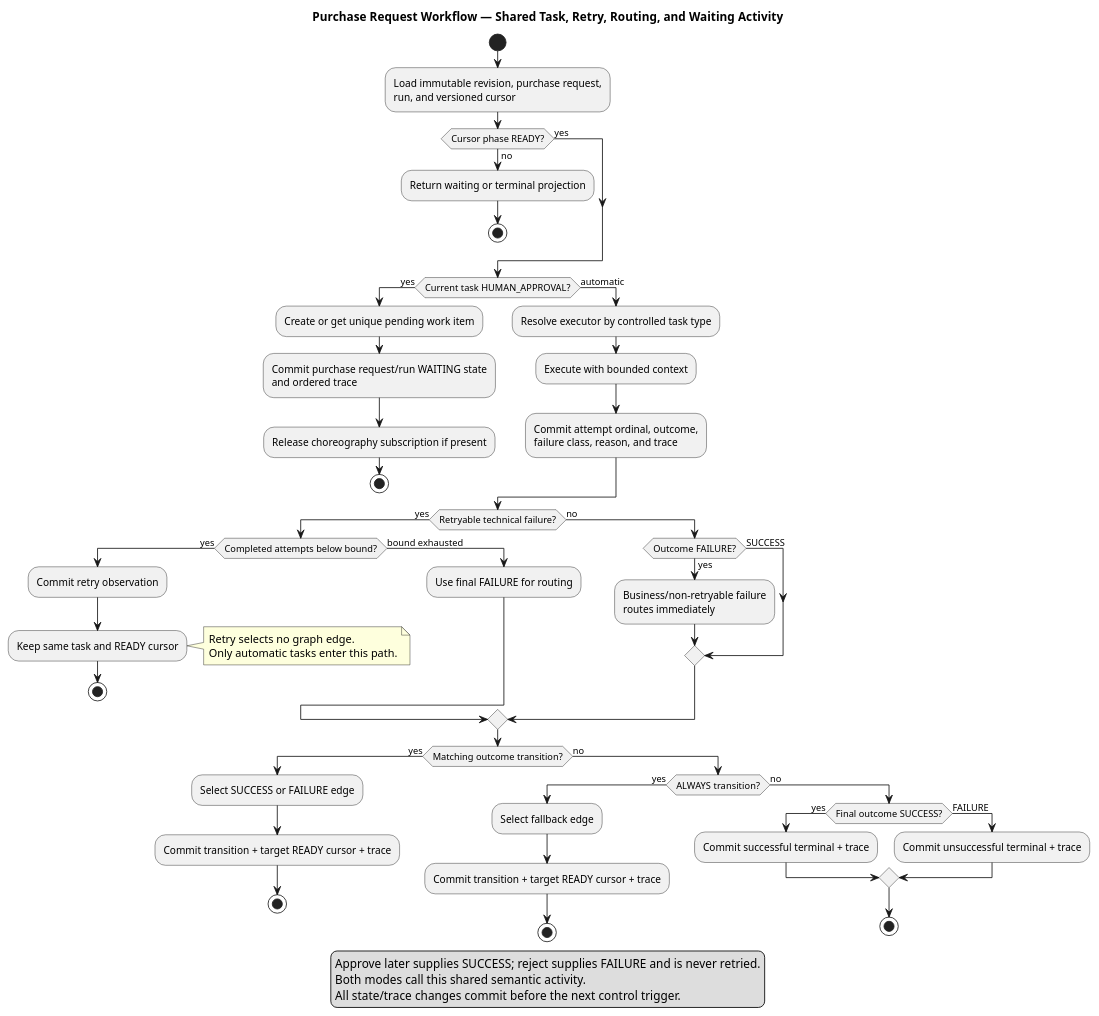
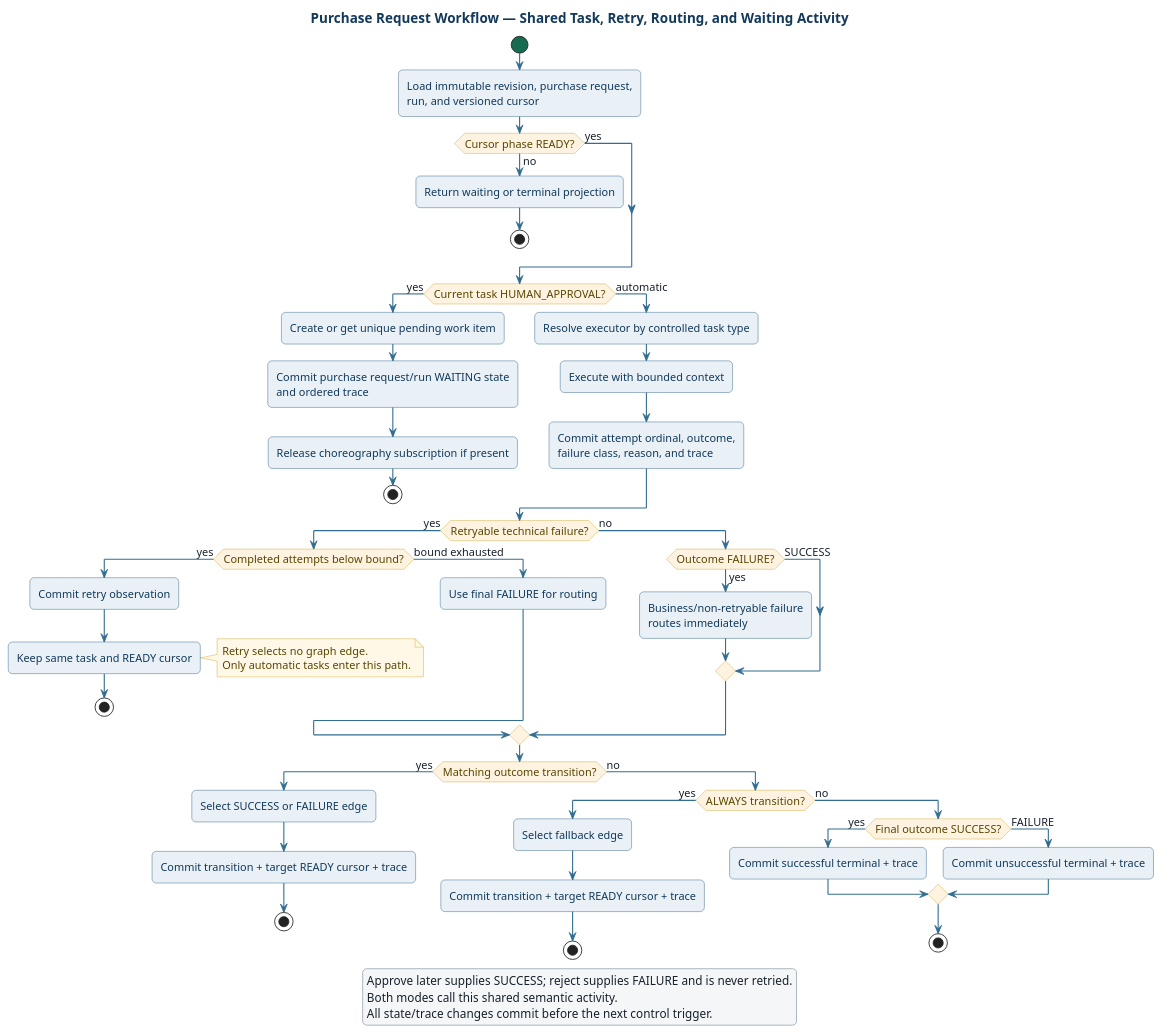
The diagram in docs/architecture/uml/routing-retry-activity.puml (MAES1102/WMS), drawn with PlantUML before and after one commit. The commit also changed 24 other files, not shown here.

First line of the commit message:
docs: polish UML styling, rewrite final report, add live UI screenshots

```diff
--- a/docs/architecture/uml/routing-retry-activity.puml
+++ b/docs/architecture/uml/routing-retry-activity.puml
@@ -1,72 +1,103 @@
 @startuml
 title Purchase Request Workflow — Shared Task, Retry, Routing, and Waiting Activity
 skinparam shadowing false
+skinparam backgroundColor white
+skinparam defaultFontName Helvetica
+skinparam defaultFontSize 13
+skinparam roundcorner 10
+skinparam ArrowColor #326d91
+skinparam ArrowThickness 1.3
+skinparam titleFontColor #12395b
+skinparam titleFontSize 16
+skinparam titleFontStyle bold
+skinparam activity {
+  BackgroundColor #e9f1f6
+  BorderColor #1d567d
+  FontColor #12395b
+  DiamondBackgroundColor #fdf3e0
+  DiamondBorderColor #c9a227
+  DiamondFontColor #5a4600
+  StartColor #176b50
+  EndColor #ad3026
+  ArrowColor #326d91
+  ArrowFontColor #17212b
+}
+skinparam note {
+  BackgroundColor #fff8e7
+  BorderColor #c9a227
+  FontColor #5a4600
+}
+skinparam legend {
+  BackgroundColor #f4f6f8
+  BorderColor #9eabb7
+  FontColor #17212b
+}
 
 start
 :Load immutable revision, purchase request,
 run, and versioned cursor;
 
 if (Cursor phase READY?) then (no)
   :Return waiting or terminal projection;
   stop
 else (yes)
 endif
 
 if (Current task HUMAN_APPROVAL?) then (yes)
   :Create or get unique pending work item;
   :Commit purchase request/run WAITING state
   and ordered trace;
   :Release choreography subscription if present;
   stop
 else (automatic)
   :Resolve executor by controlled task type;
   :Execute with bounded context;
   :Commit attempt ordinal, outcome,
   failure class, reason, and trace;
 endif
 
 if (Retryable technical failure?) then (yes)
   if (Completed attempts below bound?) then (yes)
     :Commit retry observation;
     :Keep same task and READY cursor;
     note right
     Retry selects no graph edge.
     Only automatic tasks enter this path.
     end note
     stop
   else (bound exhausted)
     :Use final FAILURE for routing;
   endif
 else (no)
   if (Outcome FAILURE?) then (yes)
     :Business/non-retryable failure
     routes immediately;
   else (SUCCESS)
   endif
 endif
 
 if (Matching outcome transition?) then (yes)
   :Select SUCCESS or FAILURE edge;
   :Commit transition + target READY cursor + trace;
   stop
 else (no)
   if (ALWAYS transition?) then (yes)
     :Select fallback edge;
     :Commit transition + target READY cursor + trace;
     stop
   else (no)
     if (Final outcome SUCCESS?) then (yes)
       :Commit successful terminal + trace;
     else (FAILURE)
       :Commit unsuccessful terminal + trace;
     endif
     stop
   endif
 endif
 
 legend
 Approve later supplies SUCCESS; reject supplies FAILURE and is never retried.
 Both modes call this shared semantic activity.
 All state/trace changes commit before the next control trigger.
 endlegend
 @enduml
```
